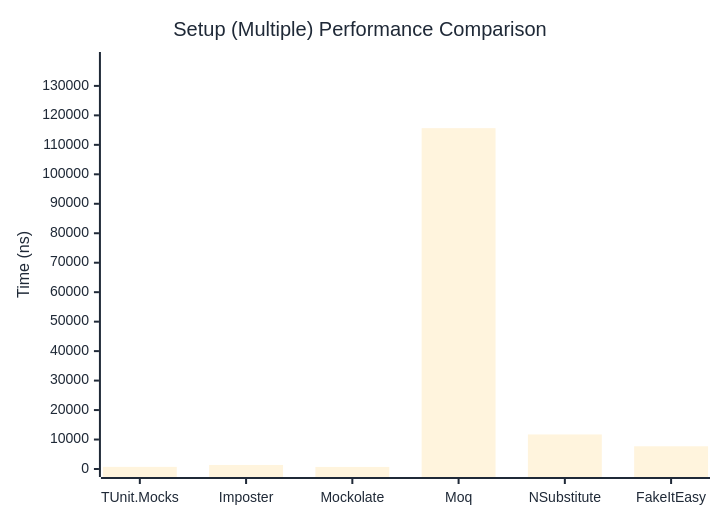
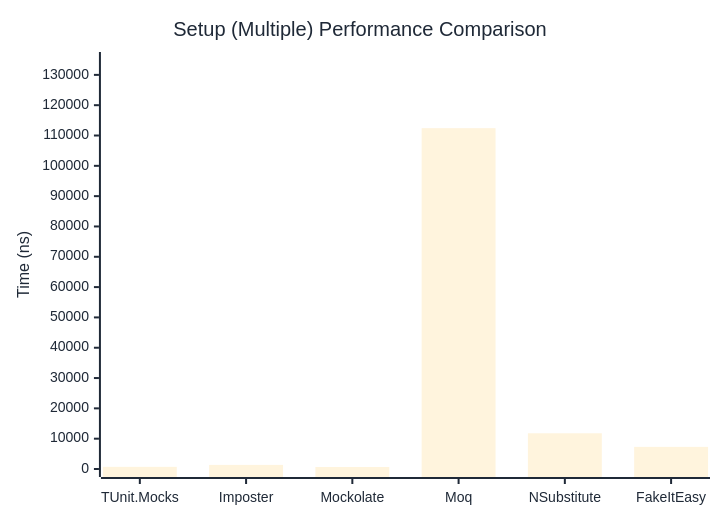
One commit to thomhurst/TUnit changed the second of 2 diagrams in docs/docs/benchmarks/mocks/Setup.md. Above: the diagram before and after it, drawn with Mermaid. The commit also changed other lines of this file and 14 other files, not shown here.

````diff
--- a/docs/docs/benchmarks/mocks/Setup.md
+++ b/docs/docs/benchmarks/mocks/Setup.md
@@ -69,27 +69,27 @@
 ```mermaid
 %%{init: {
   'theme':'base',
   'themeVariables': {
     'primaryColor': '#2563eb',
     'primaryTextColor': '#1f2937',
     'primaryBorderColor': '#1e40af',
     'lineColor': '#6b7280',
     'secondaryColor': '#7c3aed',
     'tertiaryColor': '#dc2626',
     'background': '#ffffff',
     'pie1': '#2563eb',
     'pie2': '#7c3aed',
     'pie3': '#dc2626',
     'pie4': '#f59e0b',
     'pie5': '#10b981',
     'pie6': '#06b6d4',
     'pie7': '#ec4899',
     'pie8': '#6366f1'
   }
 }}%%
 xychart-beta
   title "Setup (Multiple) Performance Comparison"
   x-axis ["TUnit.Mocks", "Imposter", "Mockolate", "Moq", "NSubstitute", "FakeItEasy"]
-  y-axis "Time (ns)" 0 --> 138788
-  bar [721.1, 1371.2, 703.3, 115656.1, 11725.3, 7707.6]
+  y-axis "Time (ns)" 0 --> 134907
+  bar [709.7, 1346.3, 660.3, 112421.9, 11787.2, 7300.9]
 ```
````
